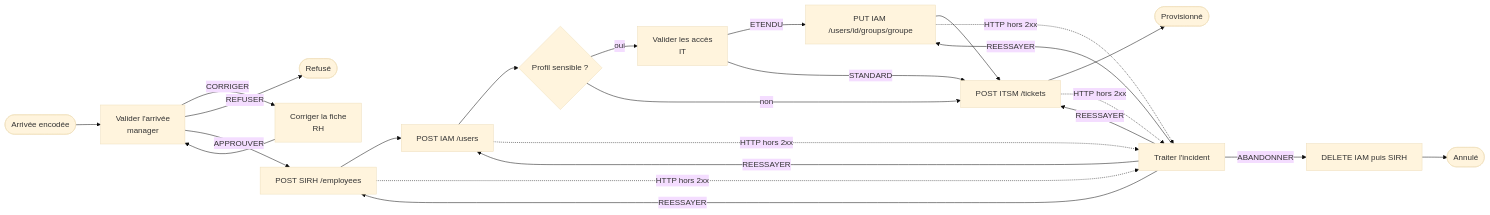
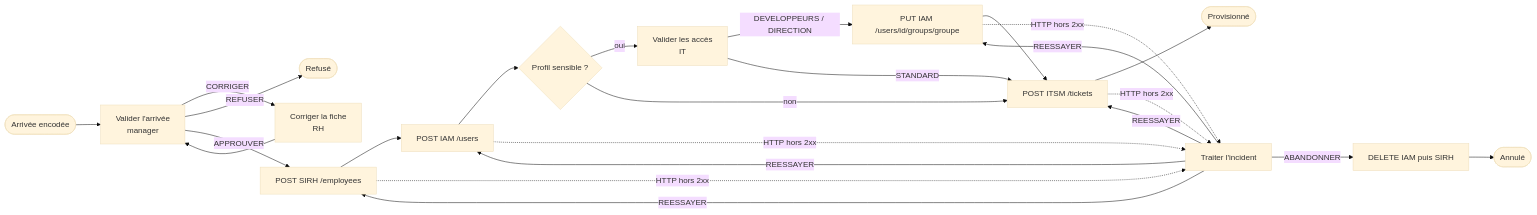
Before and after one commit to superjojo79/Myrmacta: the diagram in exemples/onboarding-collaborateur/README.md, drawn with Mermaid (base theme). The commit also changed other lines of this file and 14 other files, not shown here.

````diff
--- a/exemples/onboarding-collaborateur/README.md
+++ b/exemples/onboarding-collaborateur/README.md
@@ -35,15 +36,15 @@
 ```mermaid
 flowchart LR
   D([Arrivée encodée]) --> V[Valider l'arrivée<br/>manager]
   V -- CORRIGER --> C[Corriger la fiche<br/>RH] --> V
   V -- REFUSER --> R([Refusé])
   V -- APPROUVER --> S[POST SIRH /employees] --> I[POST IAM /users]
   I --> P{Profil sensible ?}
   P -- oui --> A[Valider les accès<br/>IT]
-  A -- ETENDU --> G[PUT IAM /users/id/groups/groupe] --> T
+  A -- DEVELOPPEURS / DIRECTION --> G[PUT IAM /users/id/groups/groupe] --> T
   A -- STANDARD --> T
   P -- non --> T[POST ITSM /tickets] --> F([Provisionné])
   S & I & G & T -. HTTP hors 2xx .-> X[Traiter l'incident]
   X -- REESSAYER --> S & I & G & T
   X -- ABANDONNER --> K[DELETE IAM puis SIRH] --> AN([Annulé])
 ```
````
